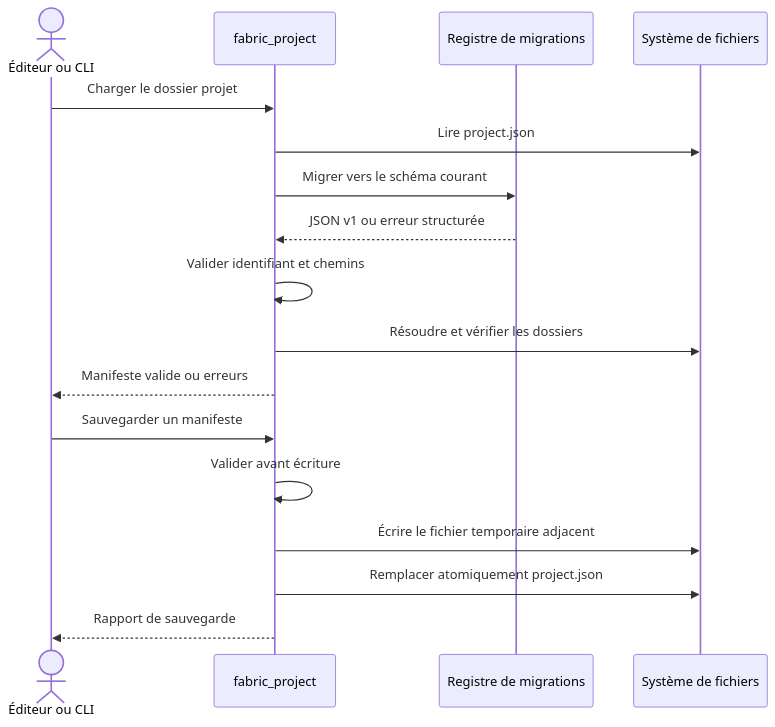
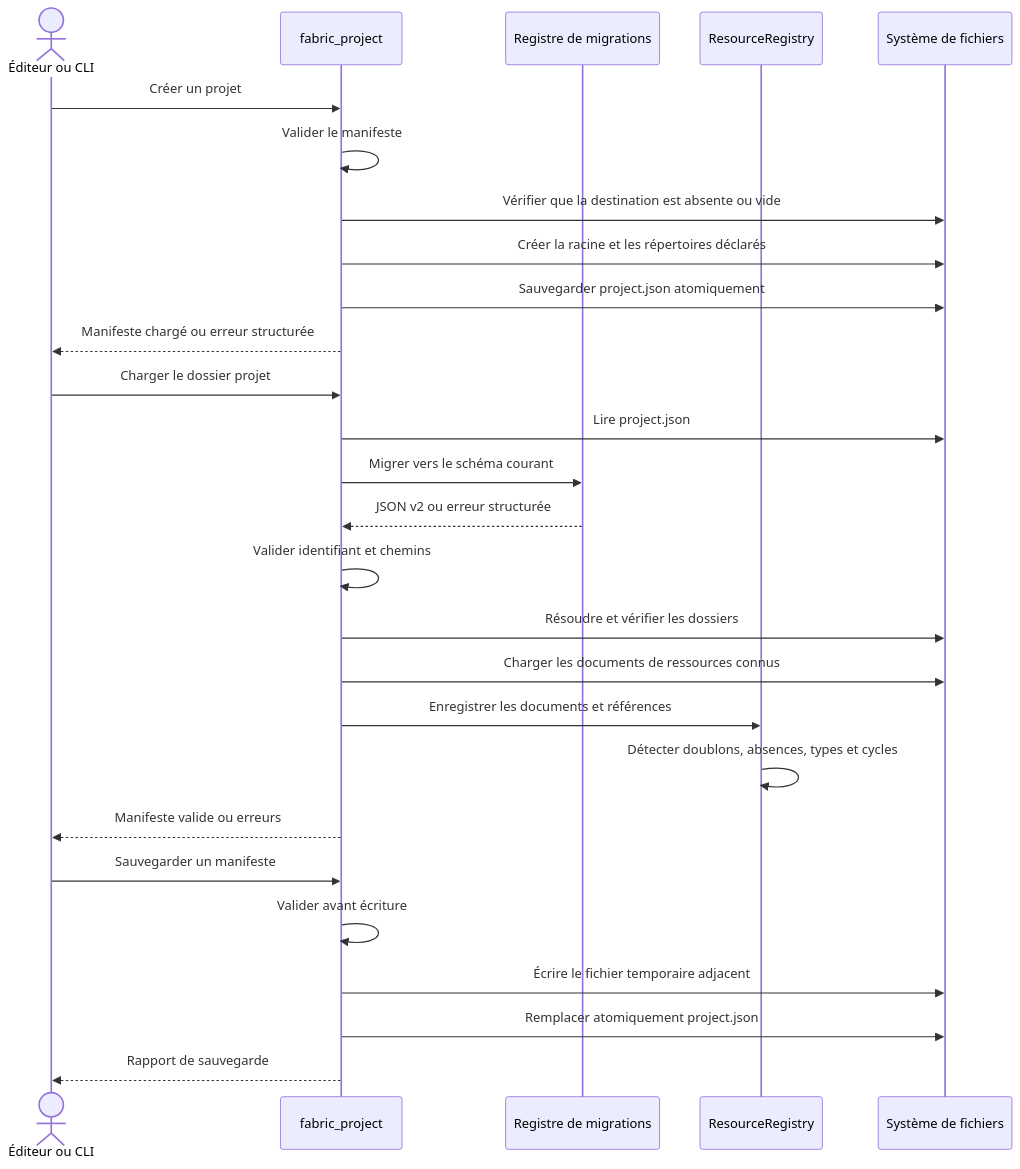
The diagram in docs/workflows/project-validation.md (tristan-monticelli/vertex-loom), drawn with Mermaid before and after one commit. The commit also changed other lines of this file and 456 other files, not shown here.

````diff
--- a/docs/workflows/project-validation.md
+++ b/docs/workflows/project-validation.md
@@ -3,21 +3,32 @@
 ```mermaid
 sequenceDiagram
     actor Caller as Éditeur ou CLI
     participant Project as fabric_project
     participant Migration as Registre de migrations
+    participant Registry as ResourceRegistry
     participant Files as Système de fichiers
+
+    Caller->>Project: Créer un projet
+    Project->>Project: Valider le manifeste
+    Project->>Files: Vérifier que la destination est absente ou vide
+    Project->>Files: Créer la racine et les répertoires déclarés
+    Project->>Files: Sauvegarder project.json atomiquement
+    Project-->>Caller: Manifeste chargé ou erreur structurée
 
     Caller->>Project: Charger le dossier projet
     Project->>Files: Lire project.json
     Project->>Migration: Migrer vers le schéma courant
-    Migration-->>Project: JSON v1 ou erreur structurée
+    Migration-->>Project: JSON v2 ou erreur structurée
     Project->>Project: Valider identifiant et chemins
     Project->>Files: Résoudre et vérifier les dossiers
+    Project->>Files: Charger les documents de ressources connus
+    Project->>Registry: Enregistrer les documents et références
+    Registry->>Registry: Détecter doublons, absences, types et cycles
     Project-->>Caller: Manifeste valide ou erreurs
 
     Caller->>Project: Sauvegarder un manifeste
     Project->>Project: Valider avant écriture
     Project->>Files: Écrire le fichier temporaire adjacent
     Project->>Files: Remplacer atomiquement project.json
     Project-->>Caller: Rapport de sauvegarde
 ```
````
